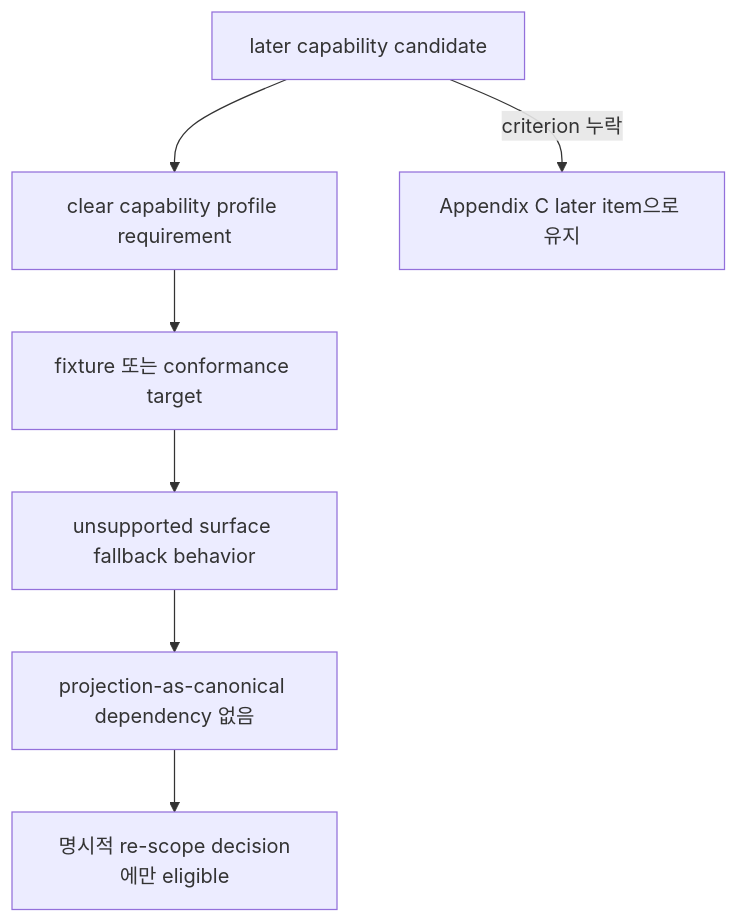
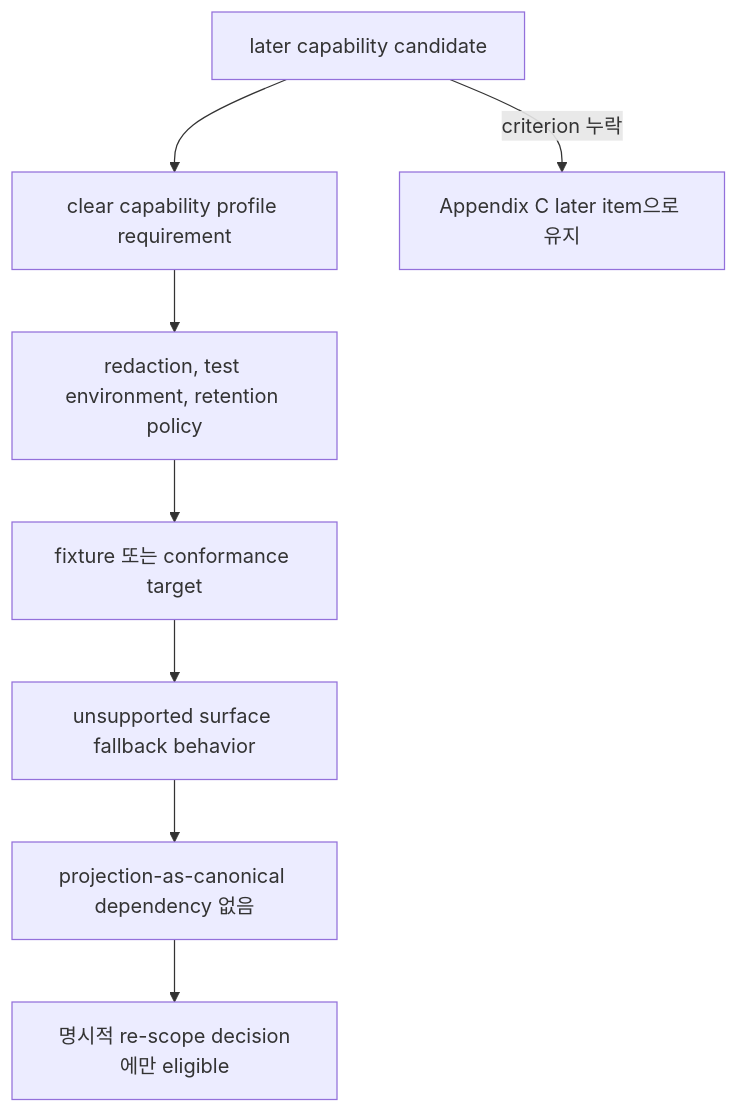
One commit to minjungw00/Volicord changed the second of 4 diagrams in docs/ko/appendix/C-later-roadmap.md. Above: the diagram before and after it, drawn with Mermaid. The commit also changed other lines of this file and 11 other files, not shown here.

````diff
--- a/docs/ko/appendix/C-later-roadmap.md
+++ b/docs/ko/appendix/C-later-roadmap.md
@@ -30,9 +32,10 @@
 ```mermaid
 flowchart TD
   Candidate["later capability candidate"] --> Profile["clear capability profile requirement"]
-  Profile --> Fixture["fixture 또는 conformance target"]
+  Profile --> Policy["redaction, test environment, retention policy"]
+  Policy --> Fixture["fixture 또는 conformance target"]
   Fixture --> Fallback["unsupported surface fallback behavior"]
   Fallback --> Projection["projection-as-canonical dependency 없음"]
   Projection --> Promote["명시적 re-scope decision에만 eligible"]
   Candidate -- "criterion 누락" --> Later["Appendix C later item으로 유지"]
 ```
````
